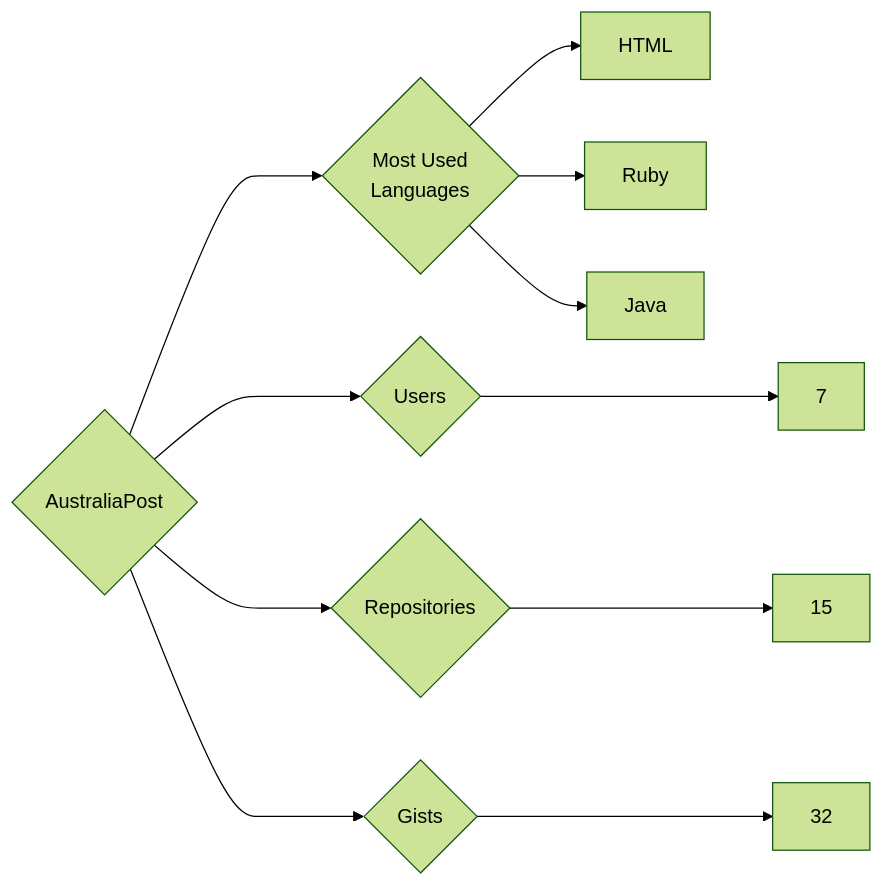
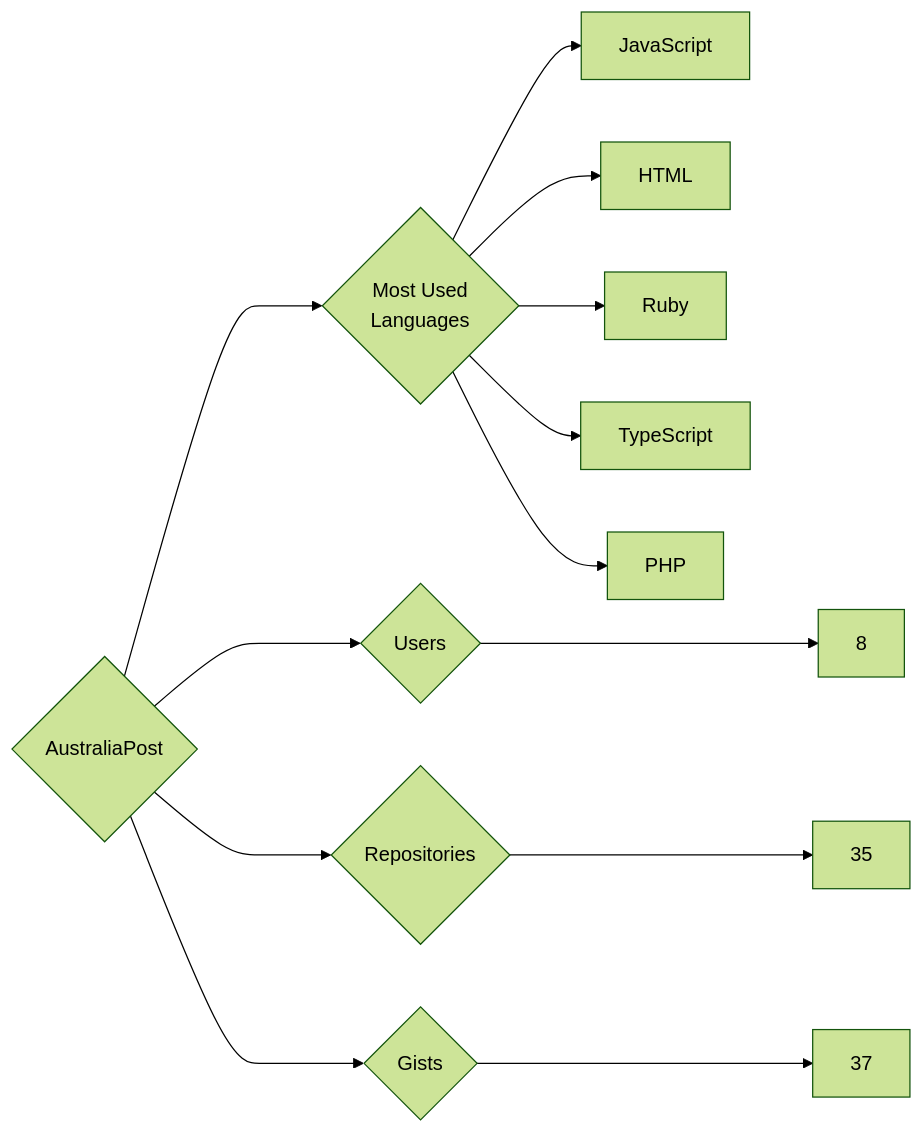
Before and after one commit to trickest/insiders: the diagram in targets/AustraliaPost/README.md, drawn with Mermaid (forest theme). The commit also changed 776 other files, not shown here.

````diff
--- a/targets/AustraliaPost/README.md
+++ b/targets/AustraliaPost/README.md
@@ -3,11 +3,13 @@
 ```mermaid
 graph LR
 COMPANY_NAME{AustraliaPost}
-COMPANY_NAME ---> U{Users} ---> UN[7]
-COMPANY_NAME ---> R{Repositories} ---> RN[15]
-COMPANY_NAME ---> G{Gists} ---> GN[32]
+COMPANY_NAME ---> U{Users} ---> UN[8]
+COMPANY_NAME ---> R{Repositories} ---> RN[35]
+COMPANY_NAME ---> G{Gists} ---> GN[37]
 COMPANY_NAME ---> ML{Most Used<br>Languages}
+ML --> JavaScript[JavaScript]
 ML --> HTML[HTML]
 ML --> Ruby[Ruby]
-ML --> Java[Java]
+ML --> TypeScript[TypeScript]
+ML --> PHP[PHP]
 ```
````
